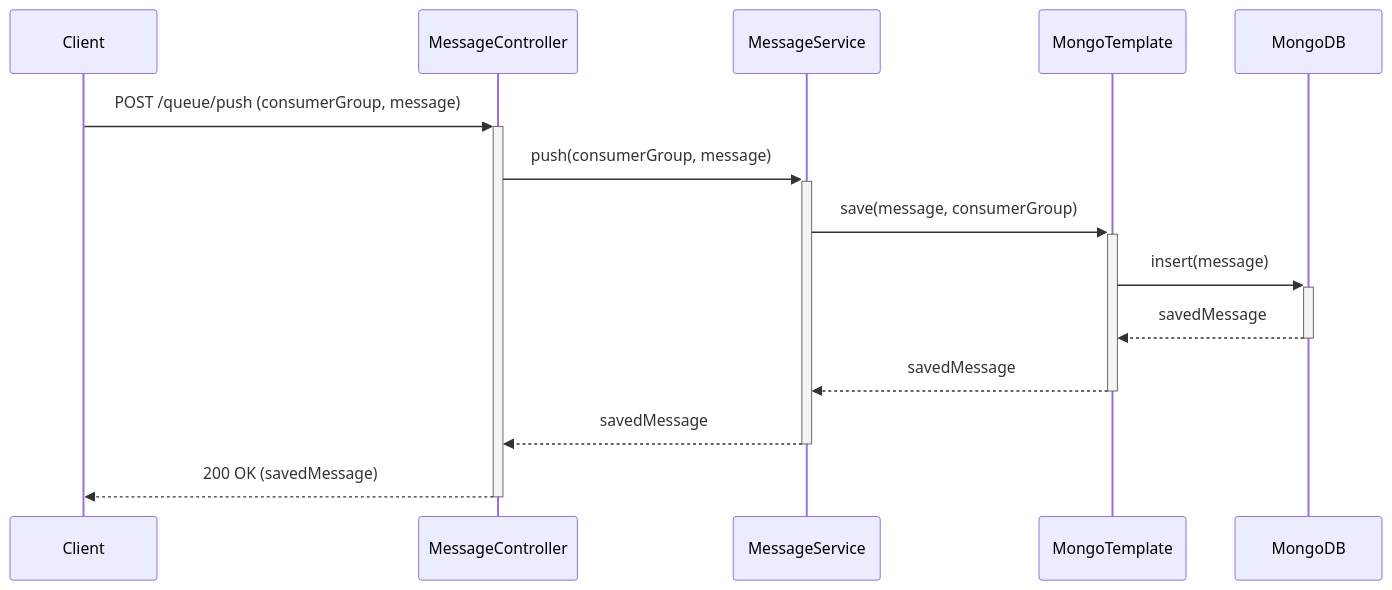
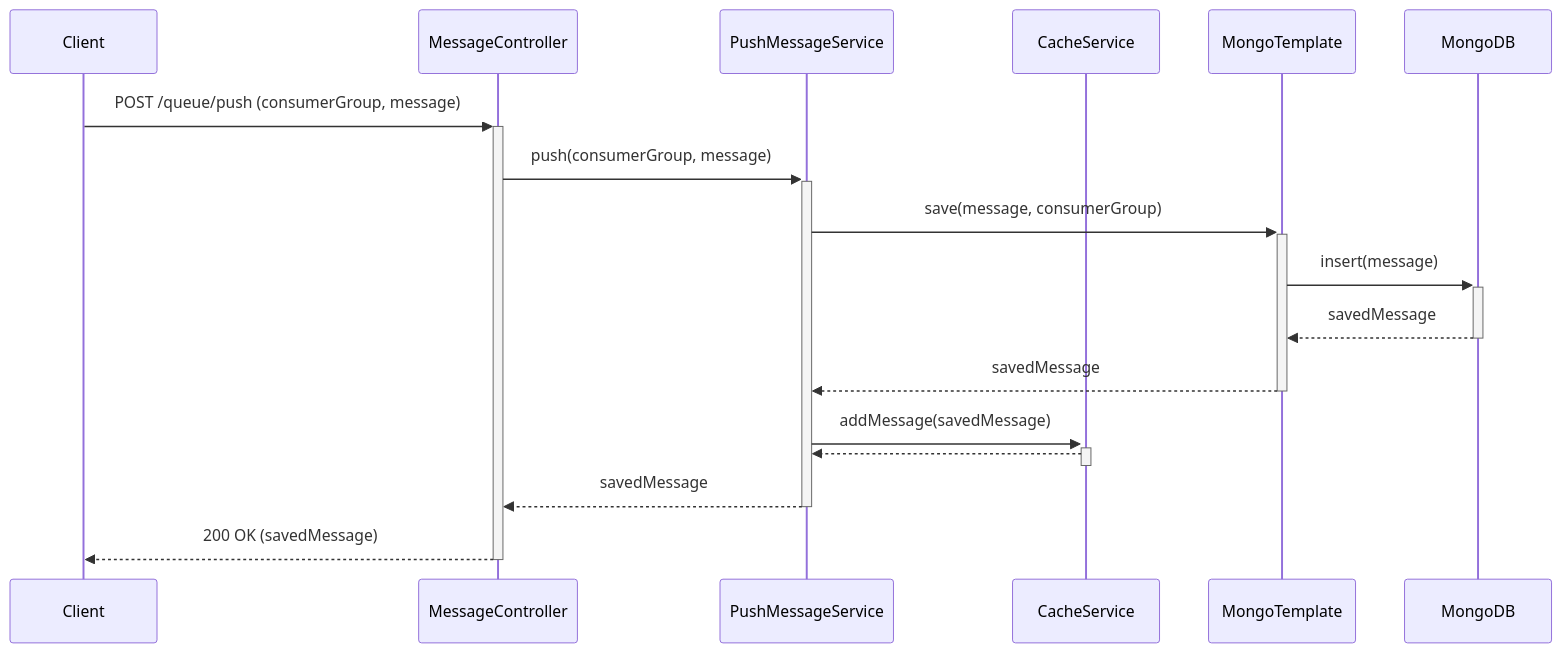
The third of 4 diagrams in README.md (Alak-Das/simple-queue-service), drawn with Mermaid before and after one commit. The commit also changed other lines of this file and 17 other files, not shown here.

````diff
--- a/README.md
+++ b/README.md
@@ -218,17 +234,20 @@
 ```mermaid
 sequenceDiagram
     participant Client
     participant MessageController
-    participant MessageService
+    participant PushMessageService
+    participant CacheService
     participant MongoTemplate
     participant MongoDB
 
     Client->>+MessageController: POST /queue/push (consumerGroup, message)
-    MessageController->>+MessageService: push(consumerGroup, message)
-    MessageService->>+MongoTemplate: save(message, consumerGroup)
+    MessageController->>+PushMessageService: push(consumerGroup, message)
+    PushMessageService->>+MongoTemplate: save(message, consumerGroup)
     MongoTemplate->>+MongoDB: insert(message)
     MongoDB-->>-MongoTemplate: savedMessage
-    MongoTemplate-->>-MessageService: savedMessage
-    MessageService-->>-MessageController: savedMessage
+    MongoTemplate-->>-PushMessageService: savedMessage
+    PushMessageService->>+CacheService: addMessage(savedMessage)
+    CacheService-->>-PushMessageService: 
+    PushMessageService-->>-MessageController: savedMessage
     MessageController-->>-Client: 200 OK (savedMessage)
 ```
````
